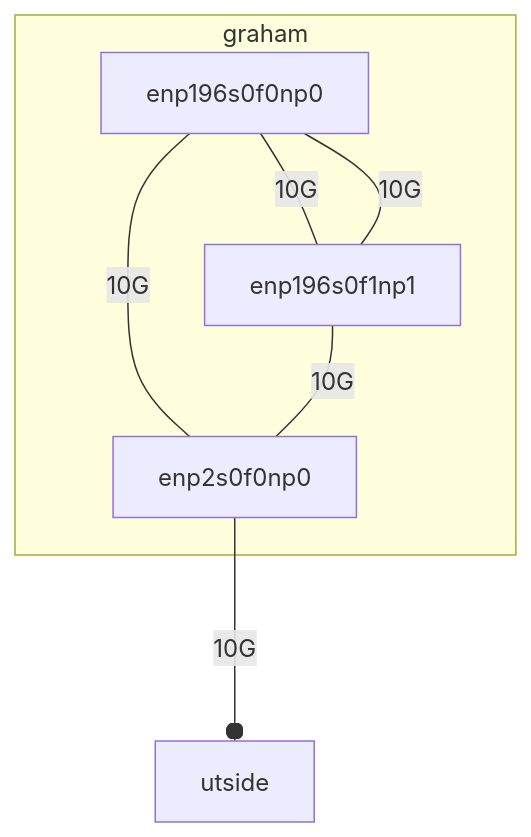
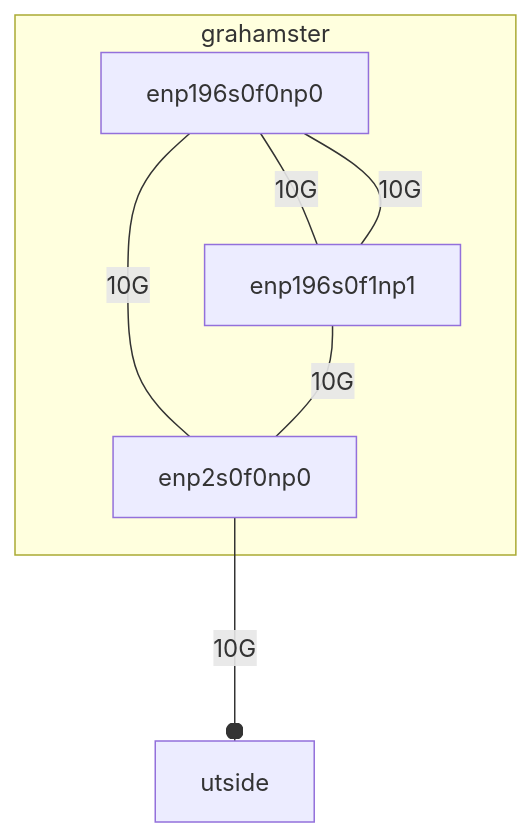
The fifth of 5 diagrams in some-mermaid-graph.md (ackxolotl/doctor-cluster-config), drawn with Mermaid before and after one commit.

````diff
--- a/some-mermaid-graph.md
+++ b/some-mermaid-graph.md
@@ -62,16 +62,16 @@
 ```mermaid
   graph TD
     graham.enp2s0f0np0["enp2s0f0np0"]-- 10G ---outside
     graham.enp196s0f0np0["enp196s0f0np0"]-- 10G ---graham.enp2s0f0np0["enp2s0f0np0"]
     graham.enp196s0f0np0["enp196s0f0np0"]-- 10G ---graham.enp196s0f1np1["enp196s0f1np1"]
     graham.enp196s0f1np1["enp196s0f1np1"]-- 10G ---graham.enp2s0f0np0["enp2s0f0np0"]
     graham.enp196s0f1np1["enp196s0f1np1"]-- 10G ---graham.enp196s0f0np0["enp196s0f0np0"]
-    subgraph graham
+    subgraph grahamster
     graham.enp2s0f0np0["enp2s0f0np0"]
     graham.enp196s0f0np0["enp196s0f0np0"]
     graham.enp196s0f0np0["enp196s0f0np0"]
     graham.enp196s0f1np1["enp196s0f1np1"]
     graham.enp196s0f1np1["enp196s0f1np1"]
     end
     click outside "https://nz-srvr2s2.informatik.tu-muenchen.de/" "outside"
 ```
````
